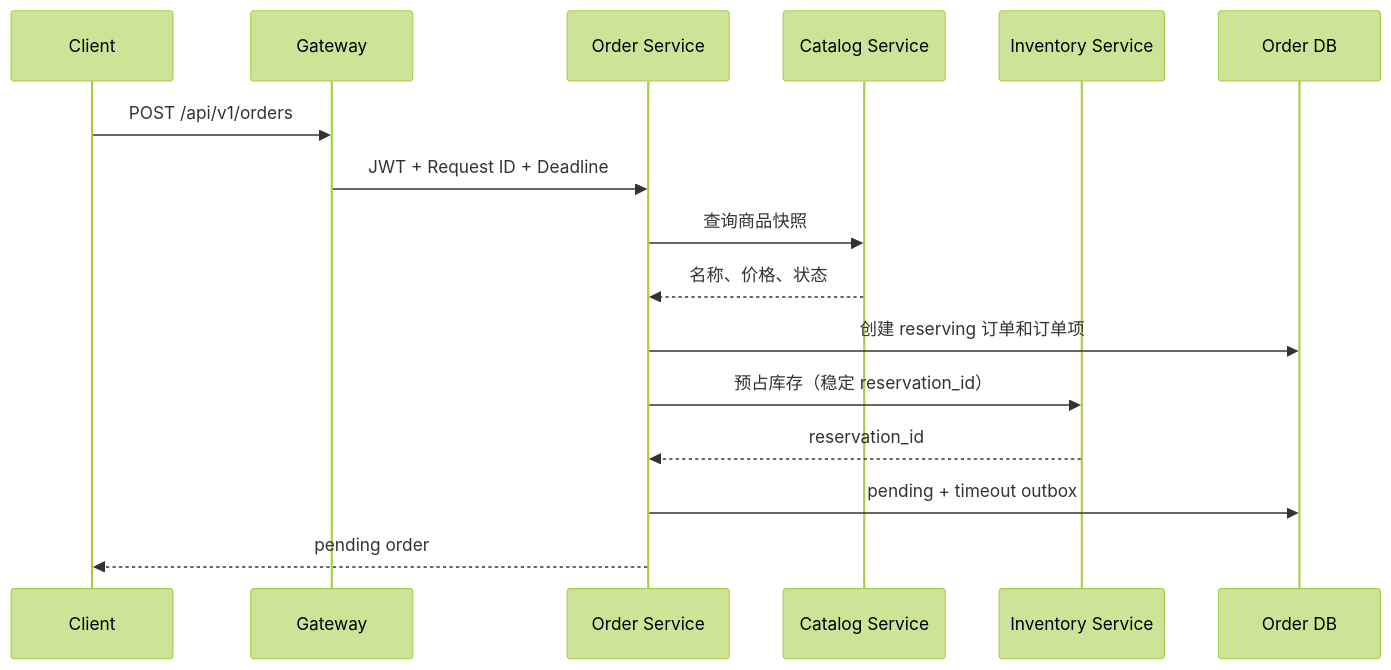
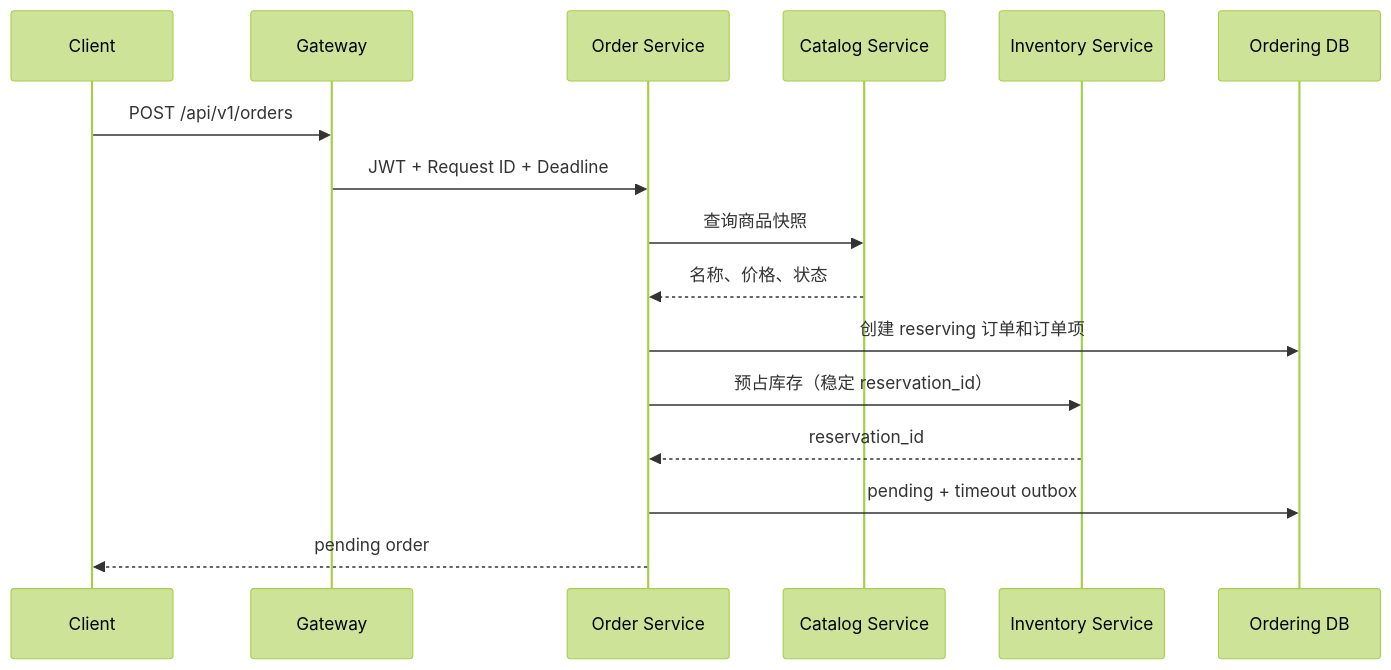
Before and after one commit to Yotoha0303/go-order-management-system-cloudnative-lab: the second of 2 diagrams in README.md, drawn with Mermaid (forest theme). The commit also changed other lines of this file and 11 other files, not shown here.

````diff
--- a/README.md
+++ b/README.md
@@ -89,19 +78,19 @@
 ```mermaid
 sequenceDiagram
     participant C as Client
     participant G as Gateway
     participant O as Order Service
     participant P as Catalog Service
     participant I as Inventory Service
-    participant DB as Order DB
+    participant DB as Ordering DB
 
     C->>G: POST /api/v1/orders
     G->>O: JWT + Request ID + Deadline
     O->>P: 查询商品快照
     P-->>O: 名称、价格、状态
     O->>DB: 创建 reserving 订单和订单项
     O->>I: 预占库存（稳定 reservation_id）
     I-->>O: reservation_id
     O->>DB: pending + timeout outbox
     O-->>C: pending order
 ```
````
